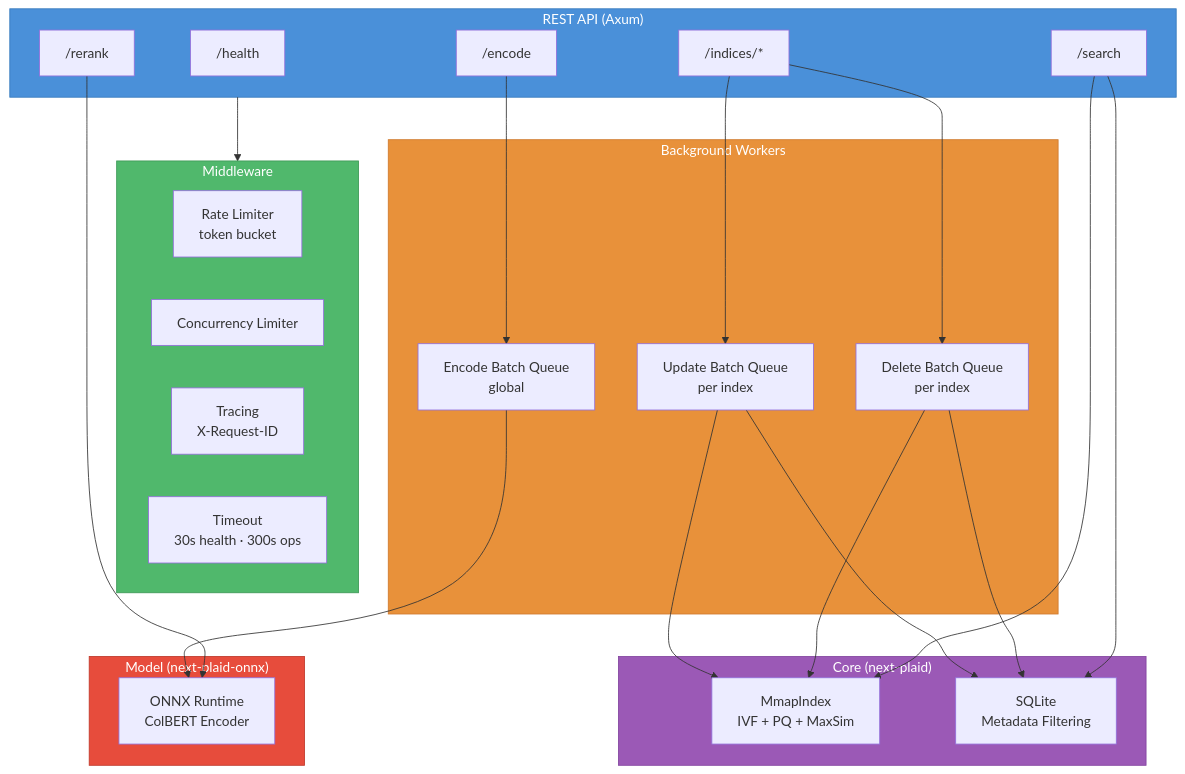
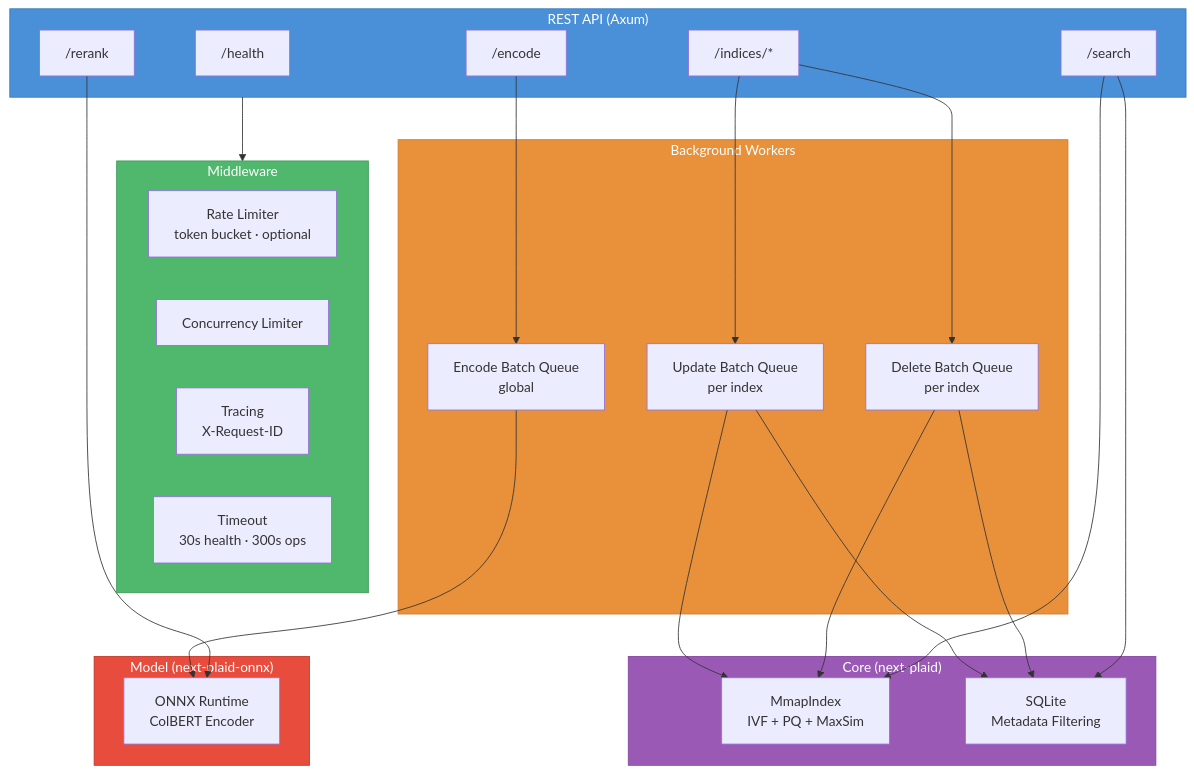
The first of 2 diagrams in next-plaid-api/README.md (lightonai/next-plaid), drawn with Mermaid before and after one commit. The commit also changed other lines of this file, not shown here.

First line of the commit message:
Update API README to reflect optional rate limiting

````diff
--- a/next-plaid-api/README.md
+++ b/next-plaid-api/README.md
@@ -584,51 +584,51 @@
 ```mermaid
 flowchart TD
     subgraph API["REST API (Axum)"]
         H["/health"]
         I["/indices/*"]
         S["/search"]
         E["/encode"]
         R["/rerank"]
     end
 
     subgraph Middleware
-        RL["Rate Limiter<br/>token bucket"]
+        RL["Rate Limiter<br/>token bucket · optional"]
         CL["Concurrency Limiter"]
         TR["Tracing<br/>X-Request-ID"]
         TO["Timeout<br/>30s health · 300s ops"]
     end
 
     subgraph Workers["Background Workers"]
         UQ["Update Batch Queue<br/>per index"]
         DQ["Delete Batch Queue<br/>per index"]
         EQ["Encode Batch Queue<br/>global"]
     end
 
     subgraph Core["Core (next-plaid)"]
         NP["MmapIndex<br/>IVF + PQ + MaxSim"]
         SQ["SQLite<br/>Metadata Filtering"]
     end
 
     subgraph Model["Model (next-plaid-onnx)"]
         OX["ONNX Runtime<br/>ColBERT Encoder"]
     end
 
     API --> Middleware
     I --> UQ
     I --> DQ
     E --> EQ
     UQ --> NP
     DQ --> NP
     UQ --> SQ
     DQ --> SQ
     S --> NP
     S --> SQ
     EQ --> OX
     R --> OX
 
     style API fill:#4a90d9,stroke:#357abd,color:#fff
     style Middleware fill:#50b86c,stroke:#3d9956,color:#fff
     style Workers fill:#e8913a,stroke:#d07a2e,color:#fff
     style Core fill:#9b59b6,stroke:#8445a0,color:#fff
     style Model fill:#e74c3c,stroke:#c0392b,color:#fff
 ```
````
